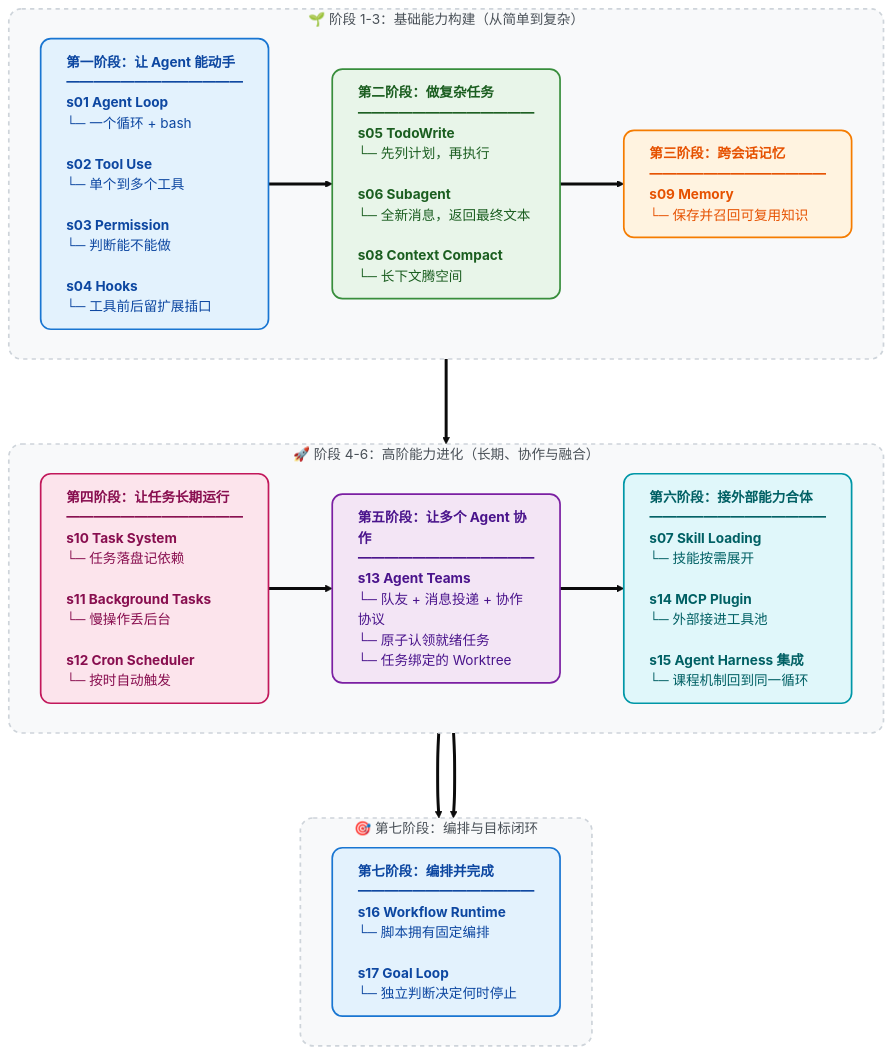
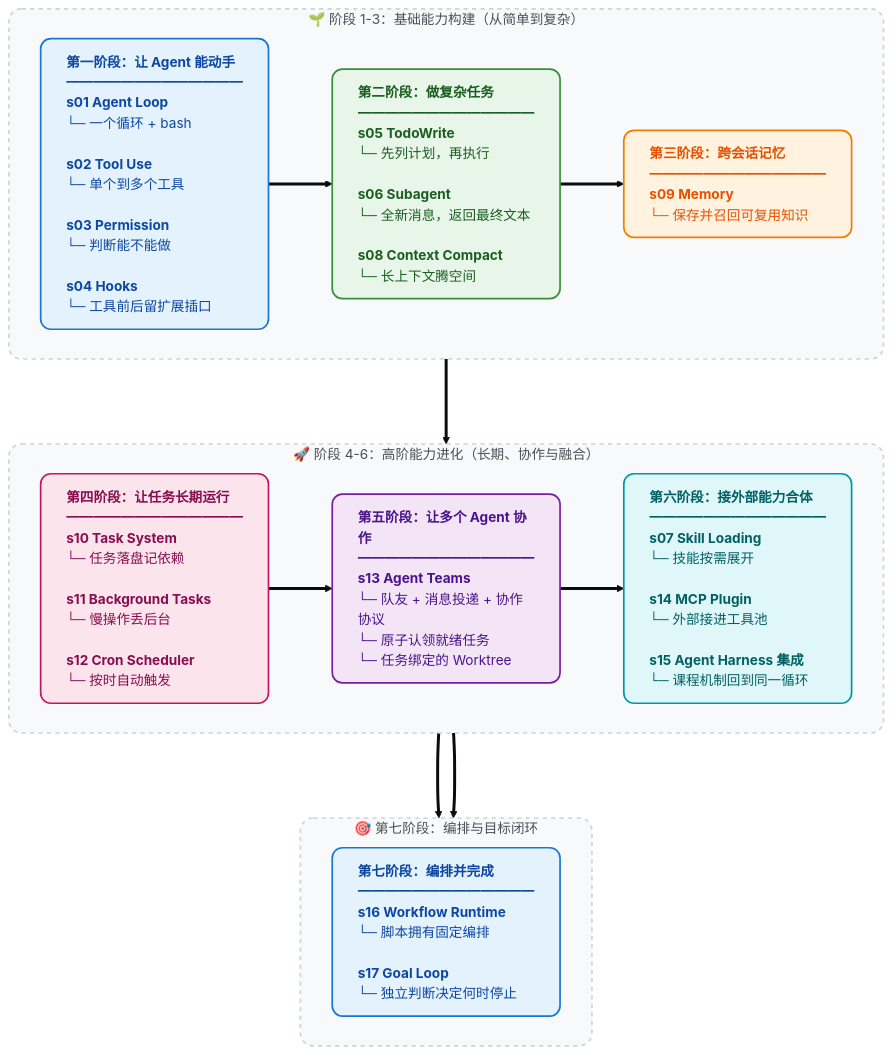
Before and after one commit to shareAI-lab/learn-claude-code: the diagram in README-zh.md, drawn with Mermaid (base theme). The commit also changed other lines of this file, not shown here.

````diff
--- a/README-zh.md
+++ b/README-zh.md
@@ -303,50 +303,50 @@
 ```mermaid
 flowchart TD
     %% 统一定义卡片样式：加入 text-align:left 保证列表不会居中乱飘
     classDef stage1 fill:#E3F2FD,stroke:#1976D2,stroke-width:2px,color:#0D47A1,rx:12,ry:12,text-align:left
     classDef stage2 fill:#E8F5E9,stroke:#388E3C,stroke-width:2px,color:#1B5E20,rx:12,ry:12,text-align:left
     classDef stage3 fill:#FFF3E0,stroke:#F57C00,stroke-width:2px,color:#E65100,rx:12,ry:12,text-align:left
     classDef stage4 fill:#FCE4EC,stroke:#C2185b,stroke-width:2px,color:#880E4F,rx:12,ry:12,text-align:left
     classDef stage5 fill:#F3E5F5,stroke:#7B1FA2,stroke-width:2px,color:#4A148C,rx:12,ry:12,text-align:left
     classDef stage6 fill:#E0F7FA,stroke:#0097A7,stroke-width:2px,color:#006064,rx:12,ry:12,text-align:left
     
     %% 背景框样式
     classDef groupBox fill:#F8F9FA,stroke:#CED4DA,stroke-width:2px,stroke-dasharray: 5 5,rx:15,ry:15,color:#495057
     
     %% 第一层：1-3阶段
     subgraph Phase1 ["🌱 阶段 1-3：基础能力构建（从简单到复杂）"]
         direction LR
         S1["<b>第一阶段：让 Agent 能动手</b><br/>━━━━━━━━━━━━━<br/><b>s01 Agent Loop</b><br/>└─ 一个循环 + bash<br/><br/><b>s02 Tool Use</b><br/>└─ 单个到多个工具<br/><br/><b>s03 Permission</b><br/>└─ 判断能不能做<br/><br/><b>s04 Hooks</b><br/>└─ 工具前后留扩展插口"]:::stage1
 
-        S2["<b>第二阶段：做复杂任务</b><br/>━━━━━━━━━━━━━<br/><b>s05 TodoWrite</b><br/>└─ 先列计划，再执行<br/><br/><b>s06 Subagent</b><br/>└─ 全新消息，返回最终文本<br/><br/><b>s08 Context Compact</b><br/>└─ 长下文腾空间"]:::stage2
+        S2["<b>第二阶段：做复杂任务</b><br/>━━━━━━━━━━━━━<br/><b>s05 TodoWrite</b><br/>└─ 先列计划，再执行<br/><br/><b>s06 Subagent</b><br/>└─ 全新消息，返回最终文本<br/><br/><b>s08 Context Compact</b><br/>└─ 长上下文腾空间"]:::stage2
 
         S3["<b>第三阶段：跨会话记忆</b><br/>━━━━━━━━━━━━━<br/><b>s09 Memory</b><br/>└─ 保存并召回可复用知识"]:::stage3
 
         S1 ==> S2 ==> S3
     end
 
     %% 第二层：4-6阶段
     subgraph Phase2 ["🚀 阶段 4-6：高阶能力进化（长期、协作与融合）"]
         direction LR
         S4["<b>第四阶段：让任务长期运行</b><br/>━━━━━━━━━━━━━<br/><b>s10 Task System</b><br/>└─ 任务落盘记依赖<br/><br/><b>s11 Background Tasks</b><br/>└─ 慢操作丢后台<br/><br/><b>s12 Cron Scheduler</b><br/>└─ 按时自动触发"]:::stage4
 
         S5["<b>第五阶段：让多个 Agent 协作</b><br/>━━━━━━━━━━━━━<br/><b>s13 Agent Teams</b><br/>└─ 队友 + 消息投递 + 协作协议<br/>└─ 原子认领就绪任务<br/>└─ 任务绑定的 Worktree"]:::stage5
 
         S6["<b>第六阶段：接外部能力合体</b><br/>━━━━━━━━━━━━━<br/><b>s07 Skill Loading</b><br/>└─ 技能按需展开<br/><br/><b>s14 MCP Plugin</b><br/>└─ 外部接进工具池<br/><br/><b>s15 Agent Harness 集成</b><br/>└─ 课程机制回到同一循环"]:::stage6
 
         S4 ==> S5 ==> S6
     end
 
     %% 第三层：编排与目标闭环
     subgraph Phase3 ["🎯 第七阶段：编排与目标闭环"]
         direction LR
         S7["<b>第七阶段：编排并完成</b><br/>━━━━━━━━━━━━━<br/><b>s16 Workflow Runtime</b><br/>└─ 脚本拥有固定编排<br/><br/><b>s17 Goal Loop</b><br/>└─ 独立判断决定何时停止"]:::stage1
         S6 ==> S7
     end
 
     %% 将三个模块连接起来，形成 Z 字形阅读流
     Phase1 ===> Phase2 ===> Phase3
 
     %% 应用背景样式
     class Phase1,Phase2,Phase3 groupBox
 ```
````
